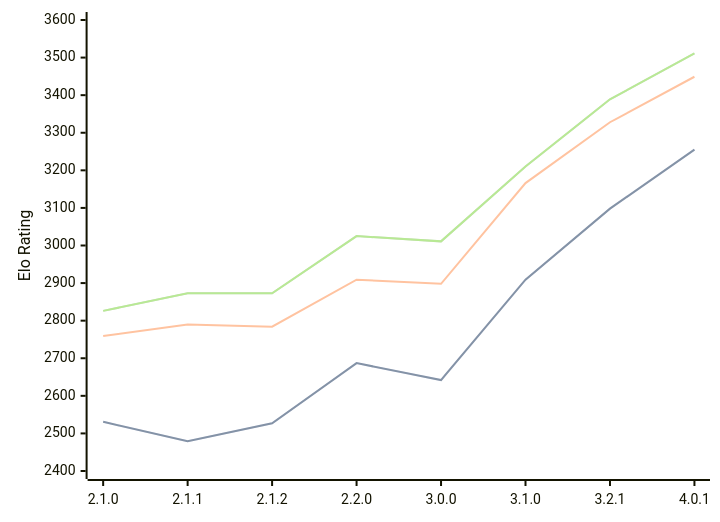
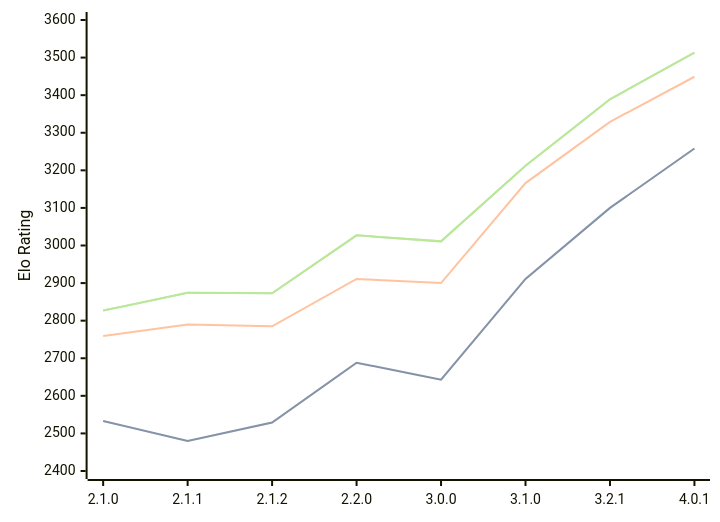
One commit to computer-chess-index/cci changed the diagram in engines/Prune.md. Above: the diagram before and after it, drawn with Mermaid. The commit also changed other lines of this file, not shown here.

Commit message:
Update CCI Ratings (ELO VLTC) - 2026-09-14

````diff
--- a/engines/Prune.md
+++ b/engines/Prune.md
@@ -40,11 +40,11 @@
 ```mermaid
 %%{init: {"theme":"base","themeVariables":{"seriesColors:['#a3a3a3','#222221','#faa371']}}}%%
 xychart-beta
   x-axis ["2.1.0", "2.1.1", "2.1.2", "2.2.0", "3.0.0", "3.1.0", "3.2.1", "4.0.1"]
   y-axis "Elo Rating" 2400 --> 3600
-  line "" [2531, 2479, 2527, 2687, 2642, 2909, 3098, 3255]
-  line "STC (8.0+0.08s)" [2531, 2479, 2527, 2687, 2642, 2909, 3098, 3255]
-  line "LTC (60.0+0.60s)" [2759, 2790, 2784, 2909, 2898, 3166, 3328, 3449]
-  line "" [2826, 2873, 2873, 3025, 3011, 3210, 3389, 3511]
-  line "VLTC (2m24s+1.12s)" [2826, 2873, 2873, 3025, 3011, 3210, 3389, 3511]
+  line "" [2533, 2480, 2529, 2688, 2643, 2911, 3100, 3258]
+  line "STC (8.0+0.08s)" [2533, 2480, 2529, 2688, 2643, 2911, 3100, 3258]
+  line "LTC (60.0+0.60s)" [2759, 2790, 2785, 2911, 2900, 3166, 3329, 3449]
+  line "" [2827, 2874, 2873, 3027, 3011, 3212, 3389, 3513]
+  line "VLTC (2m24s+1.12s)" [2827, 2874, 2873, 3027, 3011, 3212, 3389, 3513]
 ```
````
